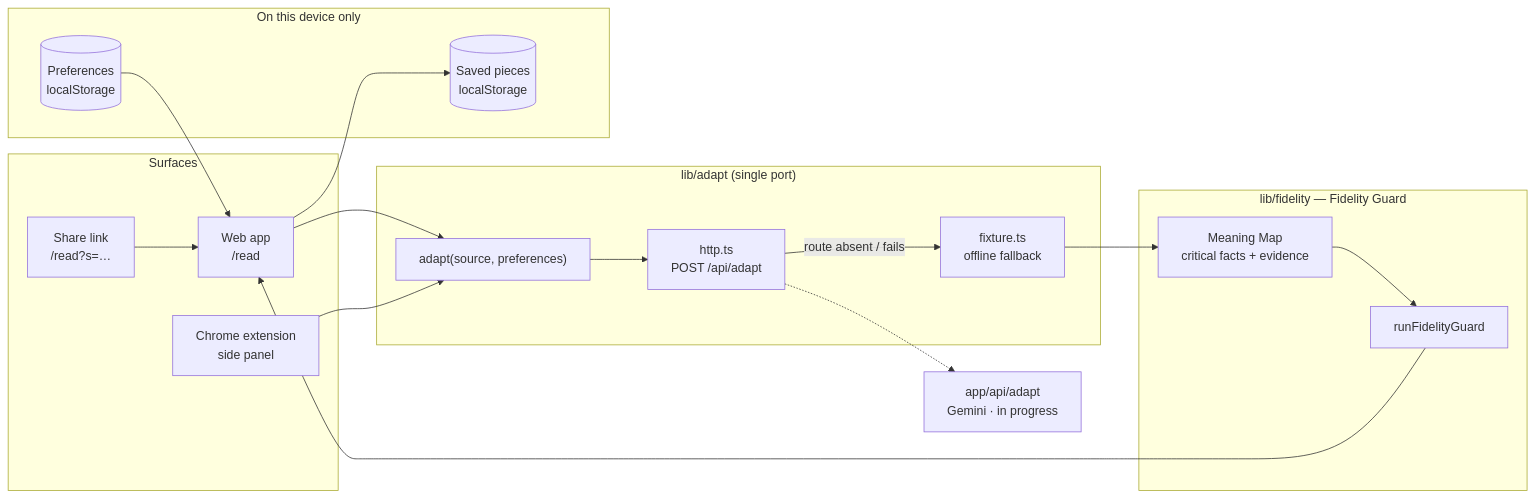
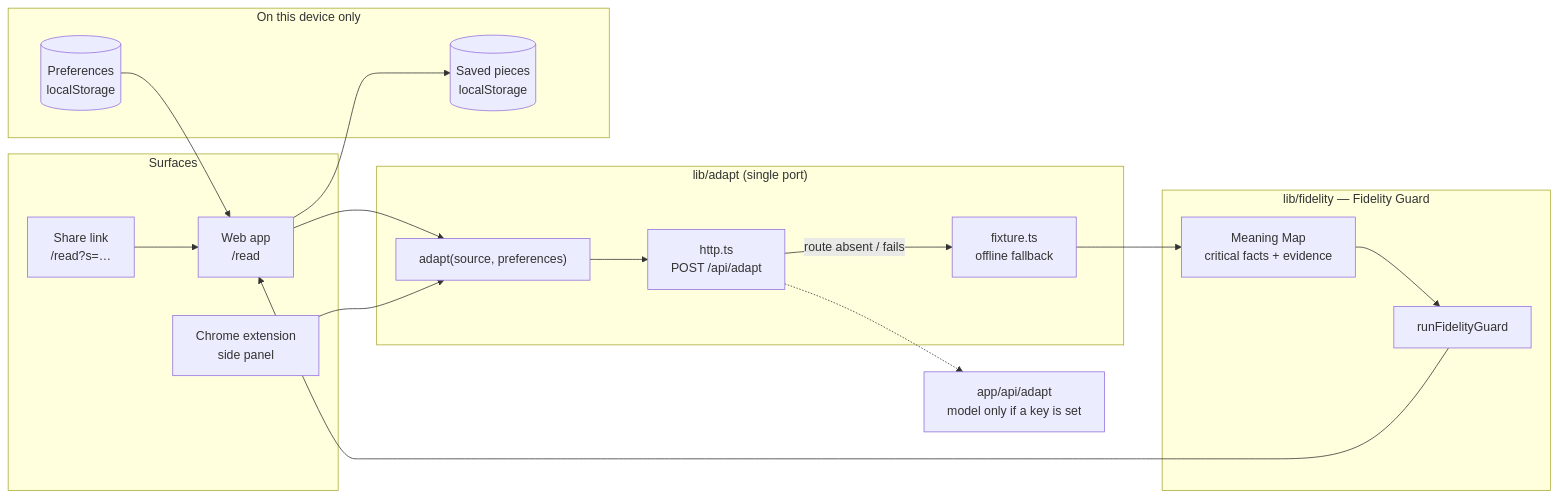
One commit to Iron-Mark/appcon-lumiere-linawai changed the first of 2 diagrams in README.md. Above: the diagram before and after it, drawn with Mermaid. The commit also changed other lines of this file and 37 other files, not shown here.

First line of the commit message:
Use Adapt as the product verb, and call a model only when a key is set.

````diff
--- a/README.md
+++ b/README.md
@@ -26,35 +26,35 @@
 ```mermaid
 flowchart LR
   subgraph Surfaces
     W[Web app<br/>/read]
     X[Chrome extension<br/>side panel]
     S[Share link<br/>/read?s=…]
   end
 
   subgraph Port["lib/adapt (single port)"]
     A["adapt(source, preferences)"]
     H[http.ts<br/>POST /api/adapt]
     F[fixture.ts<br/>offline fallback]
   end
 
   subgraph Guard["lib/fidelity — Fidelity Guard"]
     M[Meaning Map<br/>critical facts + evidence]
     G[runFidelityGuard]
   end
 
   subgraph Device["On this device only"]
     P[(Preferences<br/>localStorage)]
     C[(Saved pieces<br/>localStorage)]
   end
 
   W --> A
   X --> A
   S --> W
   A --> H
   H -- "route absent / fails" --> F
-  H -.-> R["app/api/adapt<br/>Gemini · in progress"]
+  H -.-> R["app/api/adapt<br/>model only if a key is set"]
   F --> M --> G
   G --> W
   P --> W
   W --> C
 ```
````
